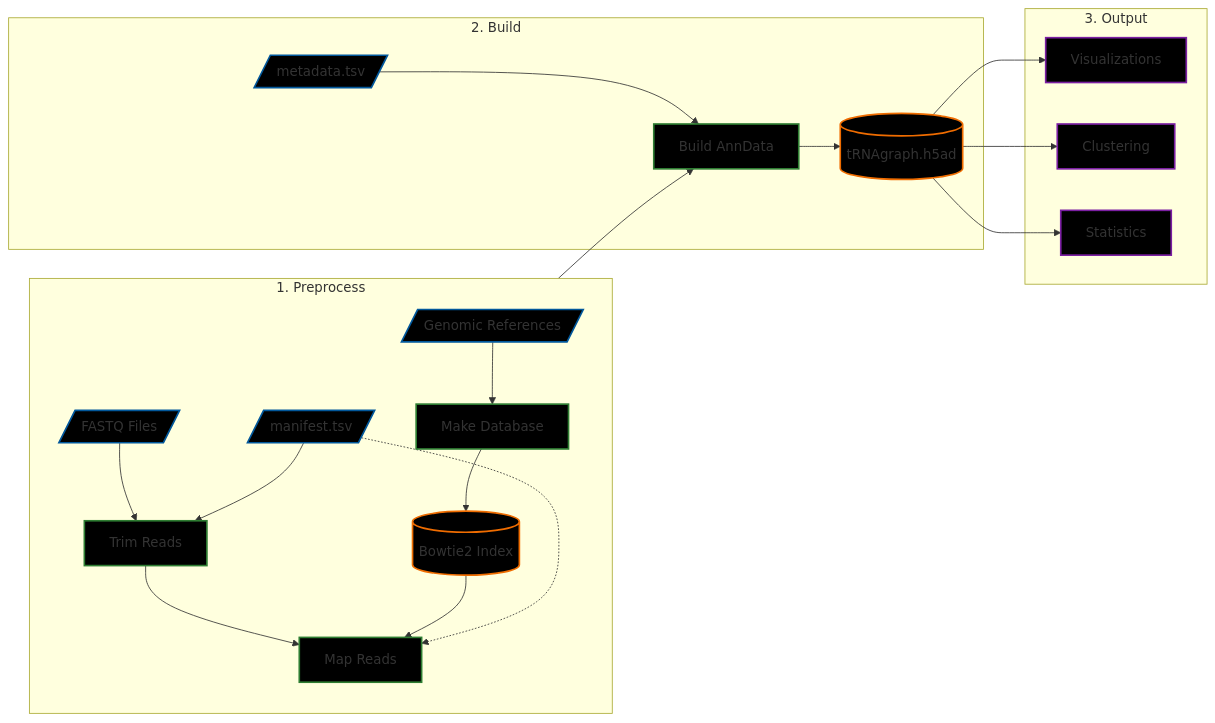
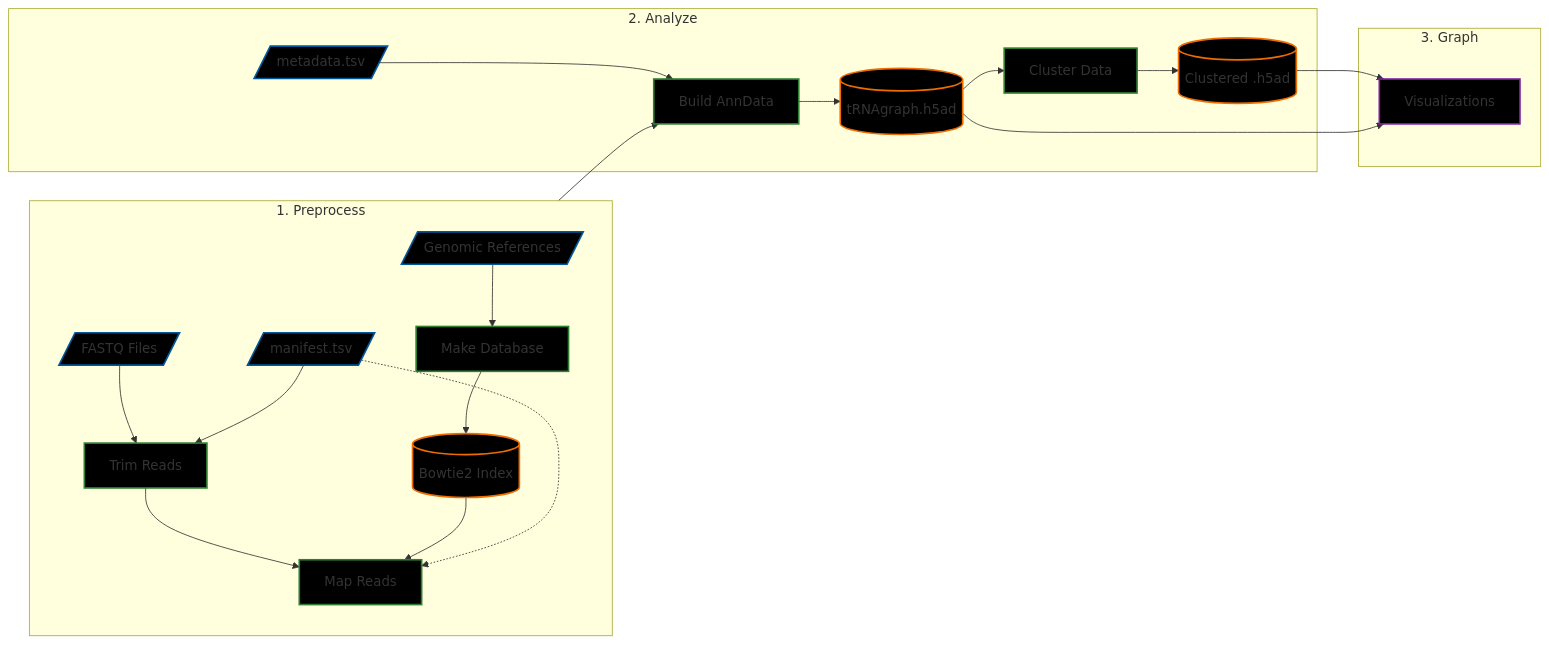
One commit to alba1735/tRNAgraph changed the diagram in README.md. Above: the diagram before and after it, drawn with Mermaid. The commit also changed other lines of this file and 12 other files, not shown here.

````diff
--- a/README.md
+++ b/README.md
@@ -19,55 +18,56 @@
 ```mermaid
 flowchart LR
   %% Input Nodes
   I1[/"manifest.tsv"/]
   I2[/"FASTQ Files"/]
   I3[/"Genomic References"/]
   I4[/"metadata.tsv"/]
 
   %% Processing Nodes
   P1[Trim Reads]
   P2[Make Database]
   P3[Map Reads]
   B1[Build AnnData]
+  C1[Cluster Data]
 
   %% Data/Storage Nodes
   D1[("Bowtie2 Index")]
   D2[("tRNAgraph.h5ad")]
+  D3[("Clustered .h5ad")]
 
   %% Output Nodes
   O1[Visualizations]
-  O2[Clustering]
-  O3[Statistics]
 
   %% Flow
   subgraph Step1 [1. Preprocess]
     direction TB
     I3 --> P2 --> D1
     I2 & I1 --> P1
     P1 & D1 --> P3
     I1 -.-> P3
   end
 
-  subgraph Step2 [2. Build]
+  subgraph Step2 [2. Analyze]
     P3 --> B1
     I4 --> B1
     B1 --> D2
+    D2 --> C1
+    C1 --> D3
   end
 
-  subgraph Step3 [3. Output]
+  subgraph Step3 [3. Graph]
+    D3 --> O1
     D2 --> O1
-    D2 --> O2
-    D2 --> O3
   end
 
   %% Styling
   classDef input fill:#000000,stroke:#01579b,stroke-width:2px;
   classDef process fill:#000000,stroke:#2e7d32,stroke-width:2px;
   classDef storage fill:#000000,stroke:#ef6c00,stroke-width:2px;
   classDef output fill:#000000,stroke:#7b1fa2,stroke-width:2px;
 
   class I1,I2,I3,I4 input;
-  class P1,P2,P3,B1 process;
-  class D1,D2 storage;
-  class O1,O2,O3 output;
+  class P1,P2,P3,B1,C1 process;
+  class D1,D2,D3 storage;
+  class O1 output;
 ```
````
